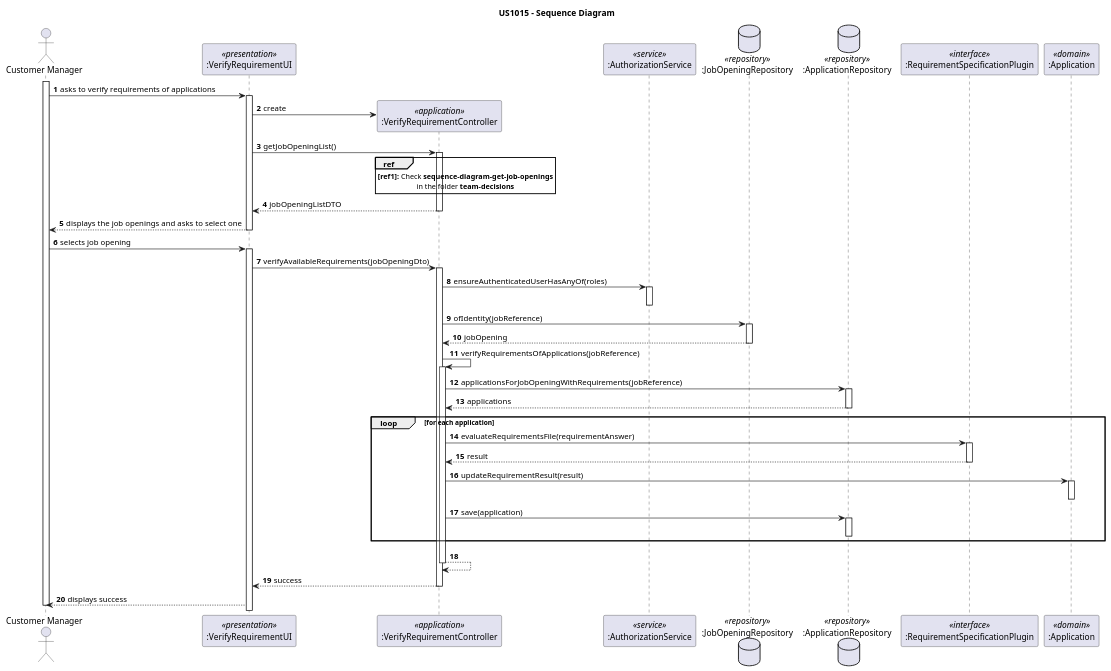
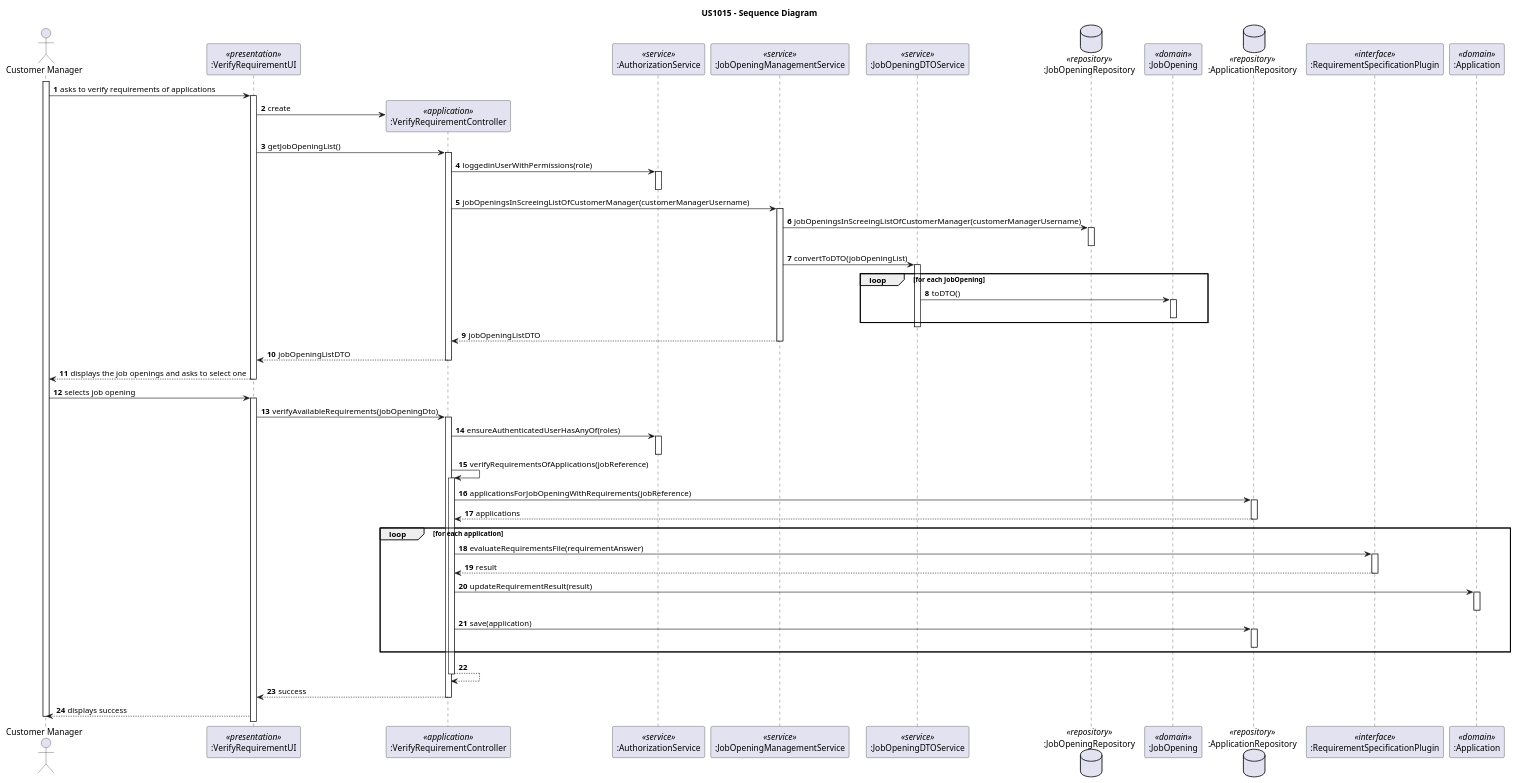
The diagram in docs/sprint-c/us_1015/design-diagrams/sequence-diagram.puml (rita-barbosa/LAPR4-2324), drawn with PlantUML before and after one commit. The commit also changed 3 other files, not shown here.

Commit message:
docs: update sequence and class diagram of us1015 [#168]

```diff
--- a/docs/sprint-c/us_1015/design-diagrams/sequence-diagram.puml
+++ b/docs/sprint-c/us_1015/design-diagrams/sequence-diagram.puml
@@ -1,91 +1,107 @@
 @startuml
 'https://plantuml.com/sequence-diagram
 
 title US1015 - Sequence Diagram
 
 autonumber
 
 actor "Customer Manager" as USER
 participant ":VerifyRequirementUI" as UI <<presentation>>
 participant ":VerifyRequirementController" as CTRL <<application>>
 participant ":AuthorizationService" as AUTHZ <<service>>
+participant ":JobOpeningManagementService" as JOMS <<service>>
+participant ":JobOpeningDTOService" as JOS_DTO <<service>>
 database ":JobOpeningRepository" as JO_REPO <<repository>>
+participant ":JobOpening" as JO <<domain>>
 database ":ApplicationRepository" as A_REPO <<repository>>
 participant ":RequirementSpecificationPlugin" as RSP <<interface>>
 participant ":Application" as A <<domain>>
 
 
 activate USER
 
 USER -> UI : asks to verify requirements of applications
 activate UI
 
 UI -> CTRL**: create
 
 UI -> CTRL : getJobOpeningList()
 activate CTRL
 
-ref over CTRL
-**[ref1]:** Check **sequence-diagram-get-job-openings**
-in the folder **team-decisions**
-end ref
+  CTRL -> AUTHZ : loggedinUserWithPermissions(role)
+    activate AUTHZ
+    deactivate AUTHZ
+
+CTRL -> JOMS : jobOpeningsInScreeingListOfCustomerManager(customerManagerUsername)
+activate JOMS
+
+ JOMS -> JO_REPO : jobOpeningsInScreeingListOfCustomerManager(customerManagerUsername)
+    activate JO_REPO
+    deactivate JO_REPO
+
+JOMS -> JOS_DTO : convertToDTO(jobOpeningList)
+activate JOS_DTO
+
+    loop for each JobOpening
+        JOS_DTO -> JO : toDTO()
+        activate JO
+        deactivate JO
+    end loop
+deactivate JOS_DTO
+
+JOMS --> CTRL : jobOpeningListDTO
+deactivate JOMS
 
 CTRL --> UI: jobOpeningListDTO
 deactivate CTRL
 
 UI --> USER : displays the job openings and asks to select one
 deactivate UI
 
 
 USER -> UI : selects job opening
 activate UI
 
     UI -> CTRL: verifyAvailableRequirements(jobOpeningDto)
     activate CTRL
 
     CTRL -> AUTHZ:  ensureAuthenticatedUserHasAnyOf(roles)
     activate AUTHZ
     deactivate AUTHZ
-
-    CTRL -> JO_REPO: ofIdentity(jobReference)
-    activate JO_REPO
-
-    JO_REPO --> CTRL: jobOpening
-    deactivate JO_REPO
 
     CTRL -> CTRL : verifyRequirementsOfApplications(jobReference)
     activate CTRL
 
         CTRL -> A_REPO: applicationsForJobOpeningWithRequirements(jobReference)
         activate A_REPO
         A_REPO --> CTRL: applications
         deactivate A_REPO
 
         loop for each application
              CTRL -> RSP: evaluateRequirementsFile(requirementAnswer)
              activate RSP
 
              RSP --> CTRL: result
              deactivate RSP
 
              CTRL -> A: updateRequirementResult(result)
              activate A
              deactivate A
 
              CTRL -> A_REPO: save(application)
              activate A_REPO
              deactivate A_REPO
         end loop
 
     CTRL --> CTRL:
     deactivate CTRL
 
 CTRL --> UI: success
 deactivate CTRL
 
 UI --> USER: displays success
 
 deactivate USER
 
 
 @enduml
```
